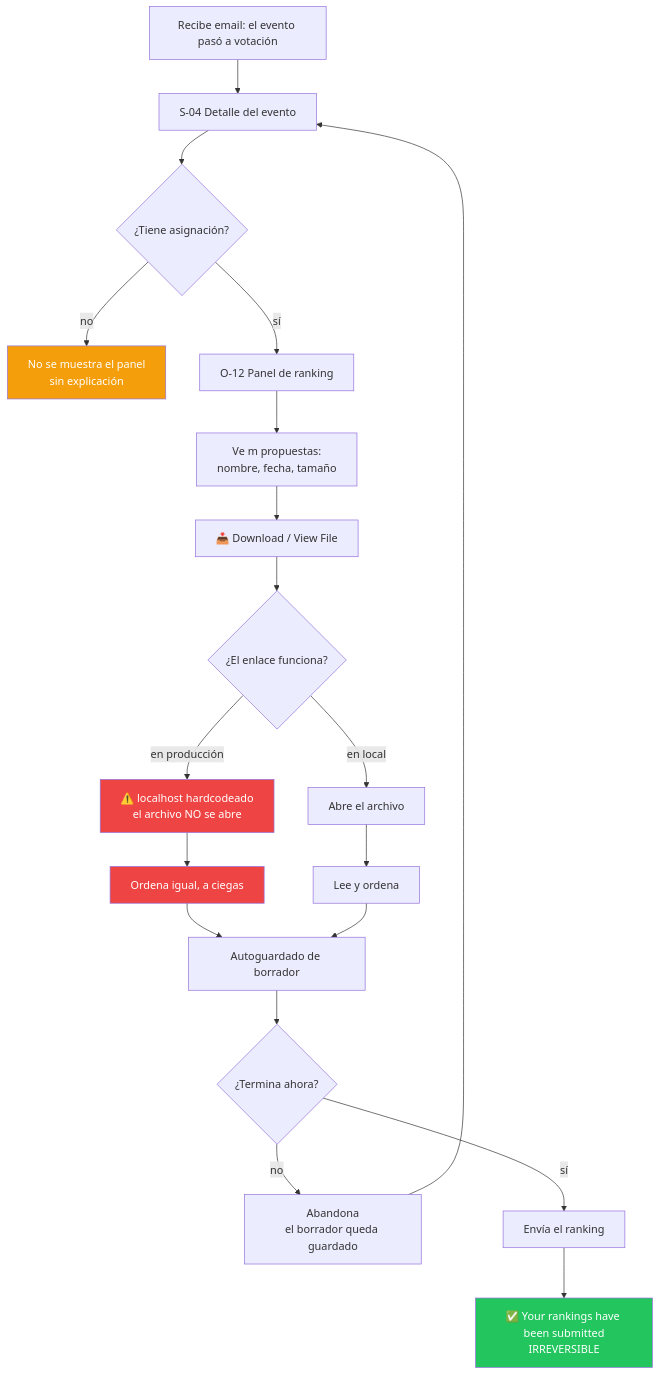
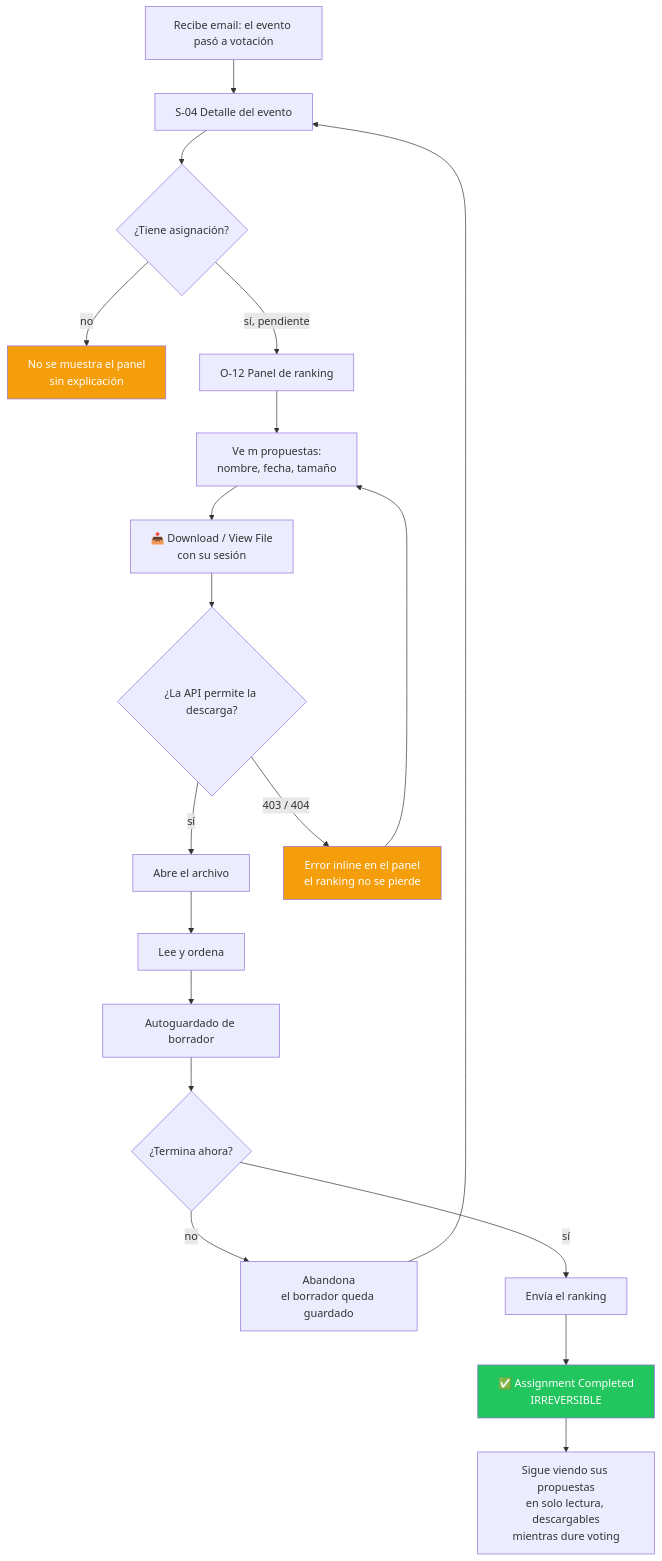
One commit to gravadigital/telescope changed the second of 4 diagrams in docs/ux/surfaces/web/user-flows.md. Above: the diagram before and after it, drawn with Mermaid. The commit also changed other lines of this file and 16 other files, not shown here.

````diff
--- a/docs/ux/surfaces/web/user-flows.md
+++ b/docs/ux/surfaces/web/user-flows.md
@@ -78,26 +79,25 @@
 ```mermaid
 graph TD
     A[Recibe email: el evento pasó a votación] --> B[S-04 Detalle del evento]
     B --> C{¿Tiene asignación?}
     C -->|no| D[No se muestra el panel<br/>sin explicación]
-    C -->|sí| E[O-12 Panel de ranking]
+    C -->|sí, pendiente| E[O-12 Panel de ranking]
     E --> F[Ve m propuestas:<br/>nombre, fecha, tamaño]
-    F --> G[📥 Download / View File]
-    G --> H{¿El enlace funciona?}
-    H -->|en producción| I[⚠️ localhost hardcodeado<br/>el archivo NO se abre]
-    H -->|en local| J[Abre el archivo]
-    I --> K[Ordena igual, a ciegas]
+    F --> G[📥 Download / View File<br/>con su sesión]
+    G --> H{¿La API permite la descarga?}
+    H -->|sí| J[Abre el archivo]
+    H -->|403 / 404| I[Error inline en el panel<br/>el ranking no se pierde]
+    I --> F
     J --> L[Lee y ordena]
-    K --> M[Autoguardado de borrador]
-    L --> M
+    L --> M[Autoguardado de borrador]
     M --> N{¿Termina ahora?}
     N -->|no| O[Abandona<br/>el borrador queda guardado]
     O --> B
     N -->|sí| P[Envía el ranking]
-    P --> Q[✅ Your rankings have been submitted<br/>IRREVERSIBLE]
+    P --> Q[✅ Assignment Completed<br/>IRREVERSIBLE]
+    Q --> R[Sigue viendo sus propuestas<br/>en solo lectura, descargables<br/>mientras dure voting]
 
-    style I fill:#ef4444,color:#fff
-    style K fill:#ef4444,color:#fff
+    style I fill:#f59e0b,color:#fff
     style D fill:#f59e0b,color:#fff
     style Q fill:#22c55e,color:#fff
 ```
````
